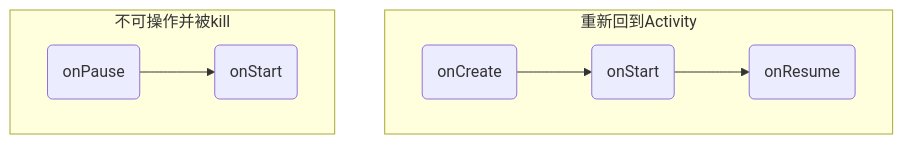
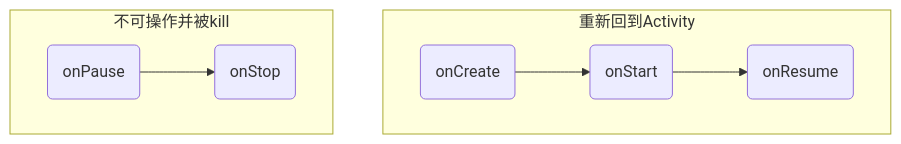
The third of 3 diagrams in content/posts/11-Activity活动组件.md (TsanChingKim/blog), drawn with Mermaid before and after one commit. The commit also changed other lines of this file and 1 other file, not shown here.

Commit message:
添加mermaid支持

````diff
--- a/content/posts/11-Activity活动组件.md
+++ b/content/posts/11-Activity活动组件.md
@@ -96,10 +95,10 @@
 ```mermaid
 graph TD
 	subgraph 重新回到Activity
 		C(onCreate) --> D(onStart)
 		D --> E(onResume)
 	end
 	subgraph 不可操作并被kill
-		A(onPause) --> B(onStart)
+		A(onPause) --> B(onStop)
 	end
 ```
````
